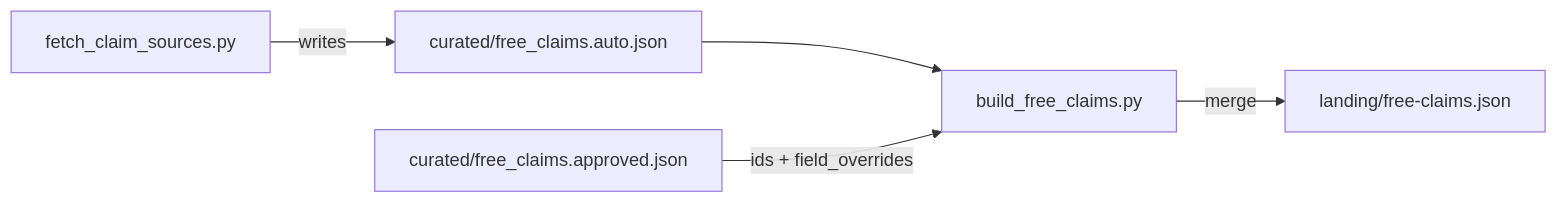
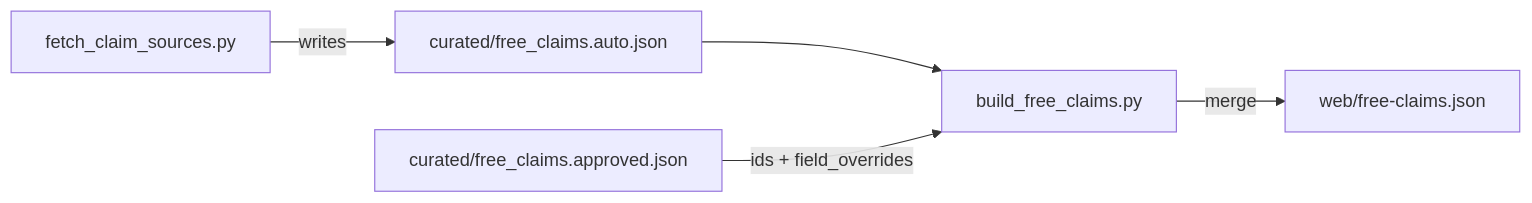
The diagram in plans/claim-title-override-reset.md (Ogrods/BAKLOG), drawn with Mermaid before and after one commit. The commit also changed other lines of this file and 187 other files, not shown here.

````diff
--- a/plans/claim-title-override-reset.md
+++ b/plans/claim-title-override-reset.md
@@ -11,7 +11,7 @@
 ```mermaid
 flowchart LR
     A[fetch_claim_sources.py] -->|writes| B[curated/free_claims.auto.json]
     B --> C[build_free_claims.py]
     D[curated/free_claims.approved.json] -->|ids + field_overrides| C
-    C -->|merge| E[landing/free-claims.json]
+    C -->|merge| E[web/free-claims.json]
 ```
````
